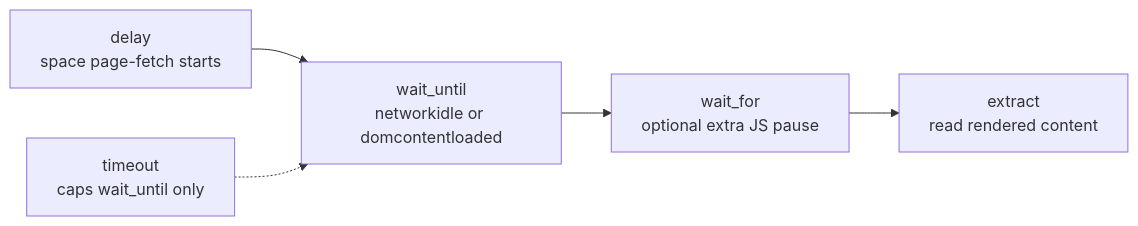
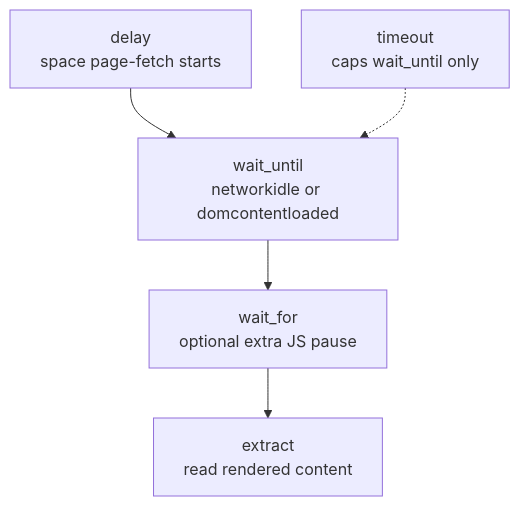
The fifth of 9 diagrams in README.md (prakosd/rag-playground), drawn with Mermaid before and after one commit. The commit also changed other lines of this file and 1 other file, not shown here.

Commit message:
refactor: update flowchart diagrams for improved clarity and organization in README files

````diff
--- a/README.md
+++ b/README.md
@@ -300,7 +291,7 @@
 ```mermaid
-flowchart LR
+flowchart TD
   Delay["delay<br/>space page-fetch starts"] --> WaitUntil["wait_until<br/>networkidle or domcontentloaded"]
   Timeout["timeout<br/>caps wait_until only"] -.-> WaitUntil
   WaitUntil --> WaitFor["wait_for<br/>optional extra JS pause"]
   WaitFor --> Extract["extract<br/>read rendered content"]
 ```
````
